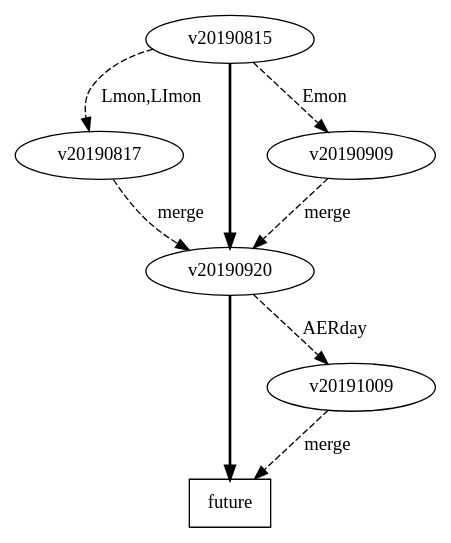
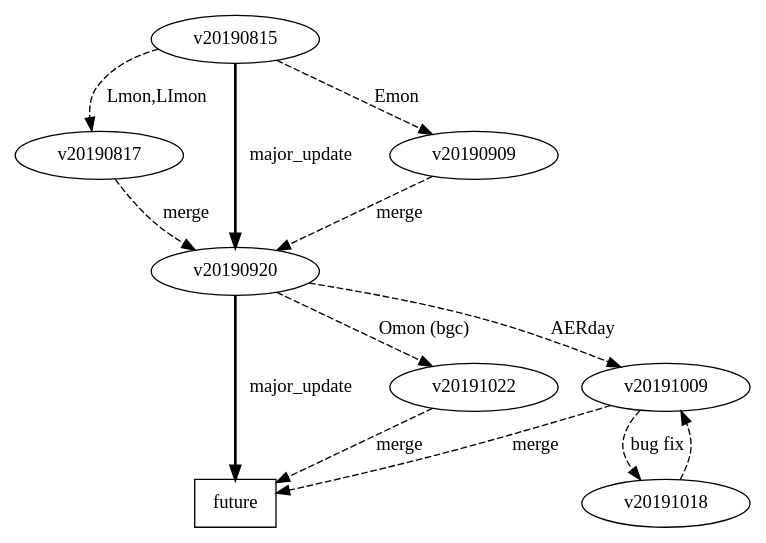
One commit to NorESMhub/noresm2cmor changed the diagram in namelists/CMIP6_NorESM2-LM/versions/versions.gv. Above: the diagram before and after it, drawn with Graphviz. The commit also changed 1 other file, not shown here.

```diff
--- a/namelists/CMIP6_NorESM2-LM/versions/versions.gv
+++ b/namelists/CMIP6_NorESM2-LM/versions/versions.gv
@@ -1,12 +1,16 @@
  digraph G {
    v20190817 [label="v20190817"]
    future [shape=box]
    v20190815 -> v20190817 [style=dashed,label="Lmon,LImon"];
-   v20190815 -> v20190920 [penwidth=2.0];
+   v20190815 -> v20190920 [penwidth=2.0,weight="2",label="major_update"];
    v20190815 -> v20190909 [style=dashed,label="Emon"];
    v20190817 -> v20190920 [style=dashed,label="merge"];
    v20190909 -> v20190920 [style=dashed,label="merge"];
-   v20190920 -> v20191009 [style=dashed,label="AERday"];
-   v20191009 -> future [style=dashed,weight="1",label="merge"];
-   v20190920 -> future [penwidth=2.0,weight="2"];
+   v20190920 -> v20191022 [style=dashed,weight="1",label="Omon (bgc)"];
+   v20191022 -> future    [style=dashed,weight="1",label="merge"];
+   v20190920 -> future    [penwidth=2.0,weight="3",label="major_update"];
+   v20190920 -> v20191009 [style=dashed,wegith="1",label="AERday"];
+   v20191009 -> future    [style=dashed,weight="1",label="merge"];
+   v20191009 -> v20191018 [style=dashed,wegith="1",label="bug fix"];
+   v20191018 -> v20191009 [style=dashed,weight="1"];
  }
```
